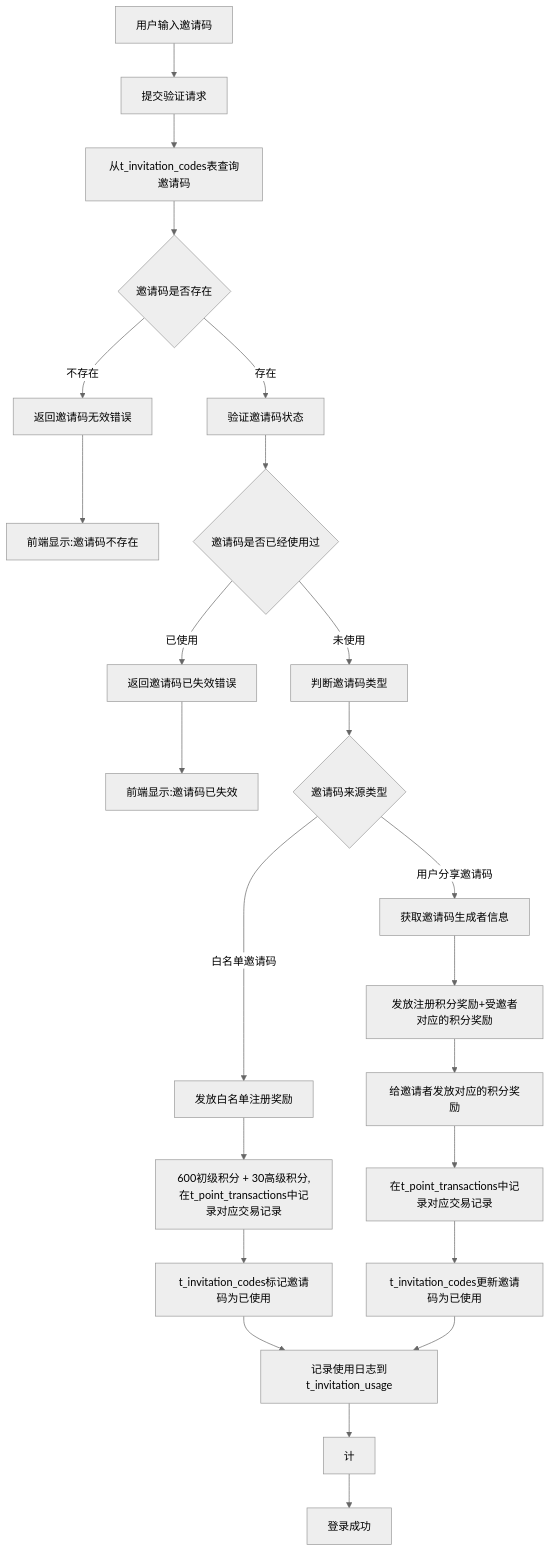
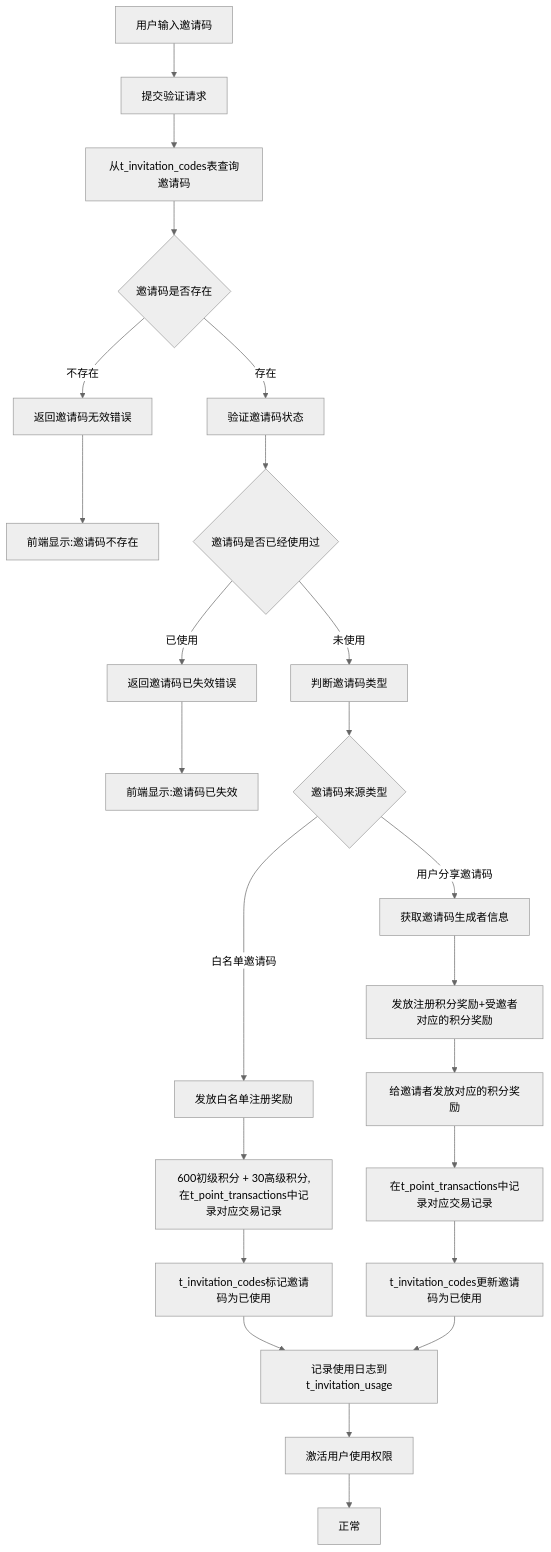
Before and after one commit to yingjianzh/iodraw-files: the diagram in all/未命名-76.md, drawn with Mermaid (neutral theme).

Commit message:
2025-07-08 10:51:41 update

````diff
--- a/all/未命名-76.md
+++ b/all/未命名-76.md
@@ -1,34 +1,34 @@
 ```mermaid
 
 flowchart TD
     B[用户输入邀请码]
     B --> E[提交验证请求]
     E --> H[从t_invitation_codes表查询邀请码]
     H --> I{邀请码是否存在}
     I -->|不存在| J[返回邀请码无效错误]
     J --> K[前端显示:邀请码不存在]
     
     I -->|存在| L[验证邀请码状态]
     L --> M{邀请码是否已经使用过}
     M -->|已使用| N[返回邀请码已失效错误]
     N --> O[前端显示:邀请码已失效]
     
     M -->|未使用| X[判断邀请码类型]
     X --> Y{邀请码来源类型}
     
     Y -->|白名单邀请码| Z4[发放白名单注册奖励]
     Z4 --> Z5[600初级积分 + 30高级积分,在t_point_transactions中记录对应交易记录]
     Z5 --> Z6[t_invitation_codes标记邀请码为已使用]
     Z6 --> AA[记录使用日志到t_invitation_usage]
     
     Y -->|用户分享邀请码| BB1[获取邀请码生成者信息]
     BB1 --> BB4[发放注册积分奖励+受邀者对应的积分奖励]
     BB4 --> BB5[给邀请者发放对应的积分奖励]
     BB5 --> BB6[在t_point_transactions中记录对应交易记录]
     BB6 --> BB7[t_invitation_codes更新邀请码为已使用]
     BB7 --> AA
     
-    AA --> CC[计]
-    CC --> DD[登录成功]  
+    AA --> CC[激活用户使用权限]
+    CC --> DD[正常]  
 
 ```
````
